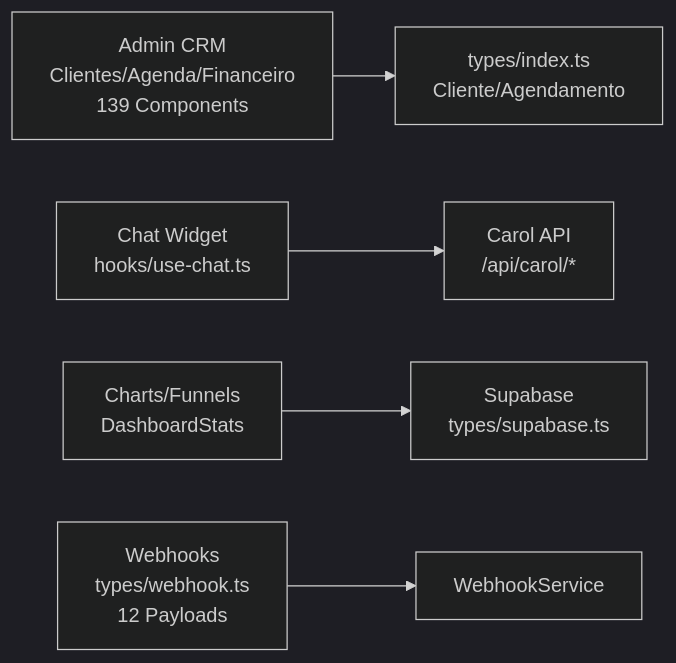
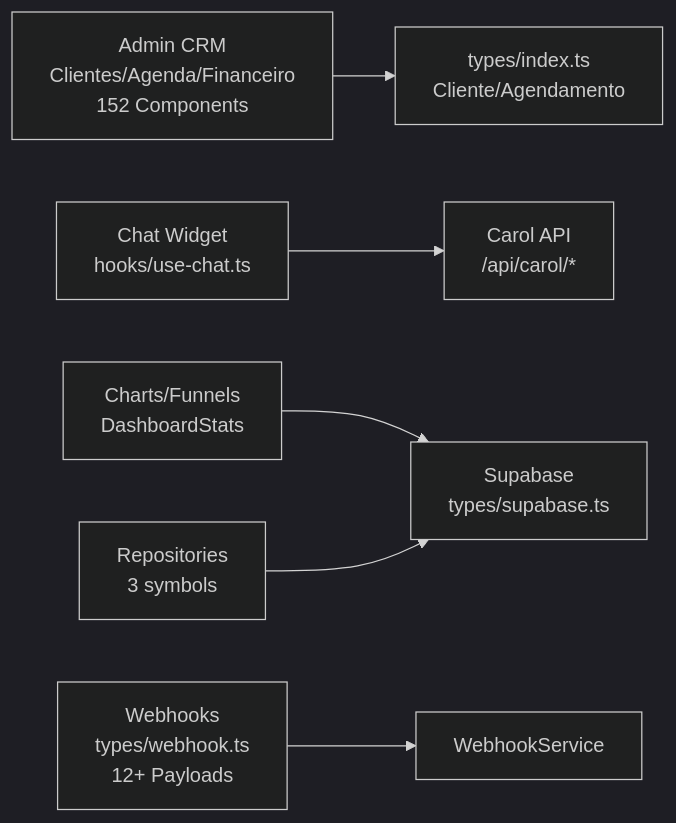
The second of 2 diagrams in .context/docs/architecture.md (dchesque/caroline-cleaning), drawn with Mermaid (dark theme) before and after one commit. The commit also changed other lines of this file and 21 other files, not shown here.

````diff
--- a/.context/docs/architecture.md
+++ b/.context/docs/architecture.md
@@ -168,7 +174,8 @@
 ```mermaid
 graph LR
-    CRM[Admin CRM<br/>Clientes/Agenda/Financeiro<br/>139 Components] --> Types[types/index.ts<br/>Cliente/Agendamento]
+    CRM[Admin CRM<br/>Clientes/Agenda/Financeiro<br/>152 Components] --> Types[types/index.ts<br/>Cliente/Agendamento]
     Chat[Chat Widget<br/>hooks/use-chat.ts] --> AI[Carol API<br/>/api/carol/*]
     Analytics[Charts/Funnels<br/>DashboardStats] --> DB[Supabase<br/>types/supabase.ts]
-    Events[Webhooks<br/>types/webhook.ts<br/>12 Payloads] --> Services[WebhookService]
+    Events[Webhooks<br/>types/webhook.ts<br/>12+ Payloads] --> Services[WebhookService]
+    Repos[Repositories<br/>3 symbols] --> DB
 ```
````
